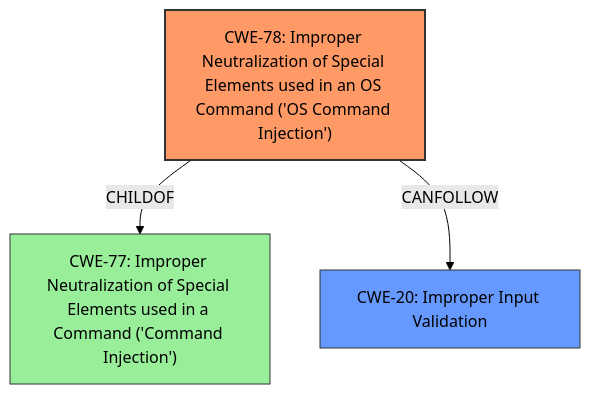
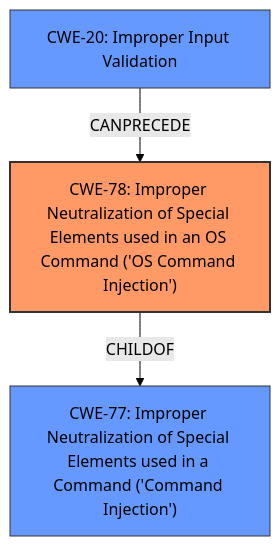
Before and after one commit to CyberSecAI/cwe_agent_assign_reports_2023: the diagram in CVE-2021-36260/CVE-2021-36260_analysis.md, drawn with Mermaid (forest theme). The commit also changed other lines of this file and 902 other files, not shown here.

````diff
--- a/CVE-2021-36260/CVE-2021-36260_analysis.md
+++ b/CVE-2021-36260/CVE-2021-36260_analysis.md
@@ -17,16 +17,14 @@
 ```mermaid
 graph TD
     cwe78["CWE-78: Improper Neutralization of Special Elements used in an OS Command ('OS Command Injection')"]
     cwe77["CWE-77: Improper Neutralization of Special Elements used in a Command ('Command Injection')"]
     cwe20["CWE-20: Improper Input Validation"]
     
     cwe78 -->|CHILDOF| cwe77
-    cwe78 -->|CANFOLLOW| cwe20
+    cwe20 -->|CANPRECEDE| cwe78
     
     classDef primary fill:#f96,stroke:#333,stroke-width:2px
     classDef secondary fill:#69f,stroke:#333
-    classDef tertiary fill:#9e9,stroke:#333
     class cwe78 primary
-    class cwe20 secondary
-    class cwe77 tertiary
+    class cwe77,cwe20 secondary
 ```
````
